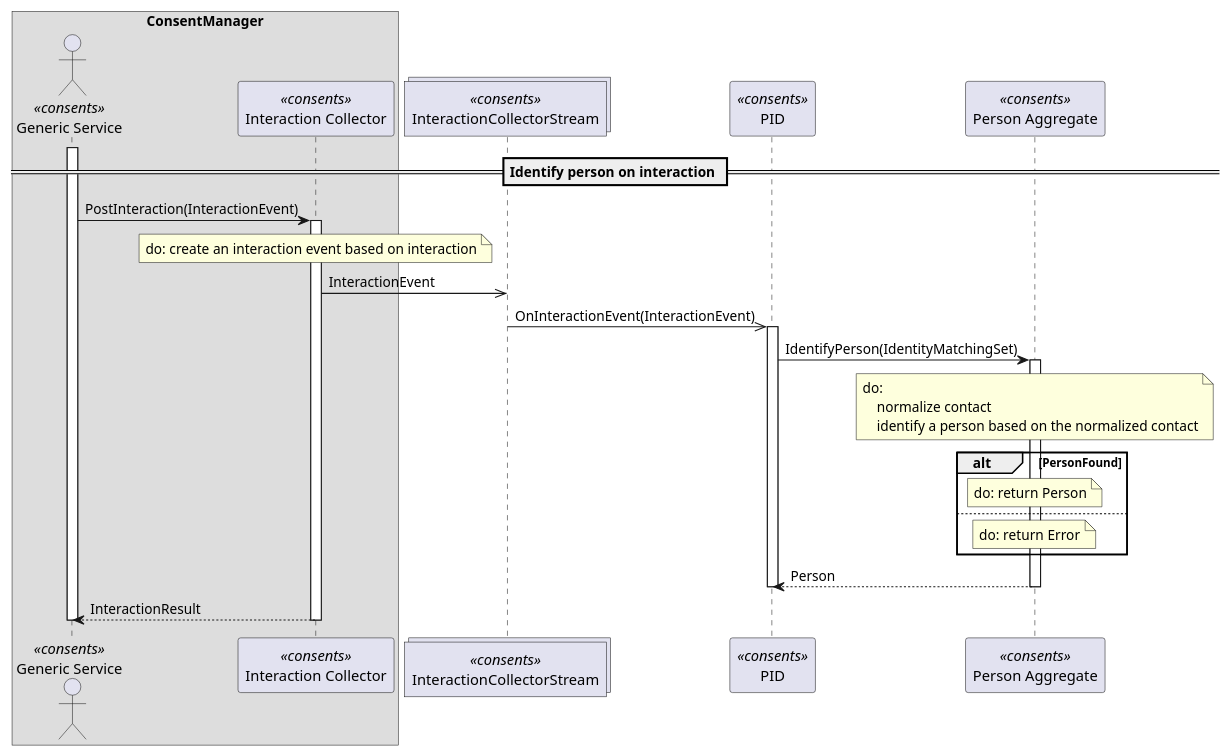
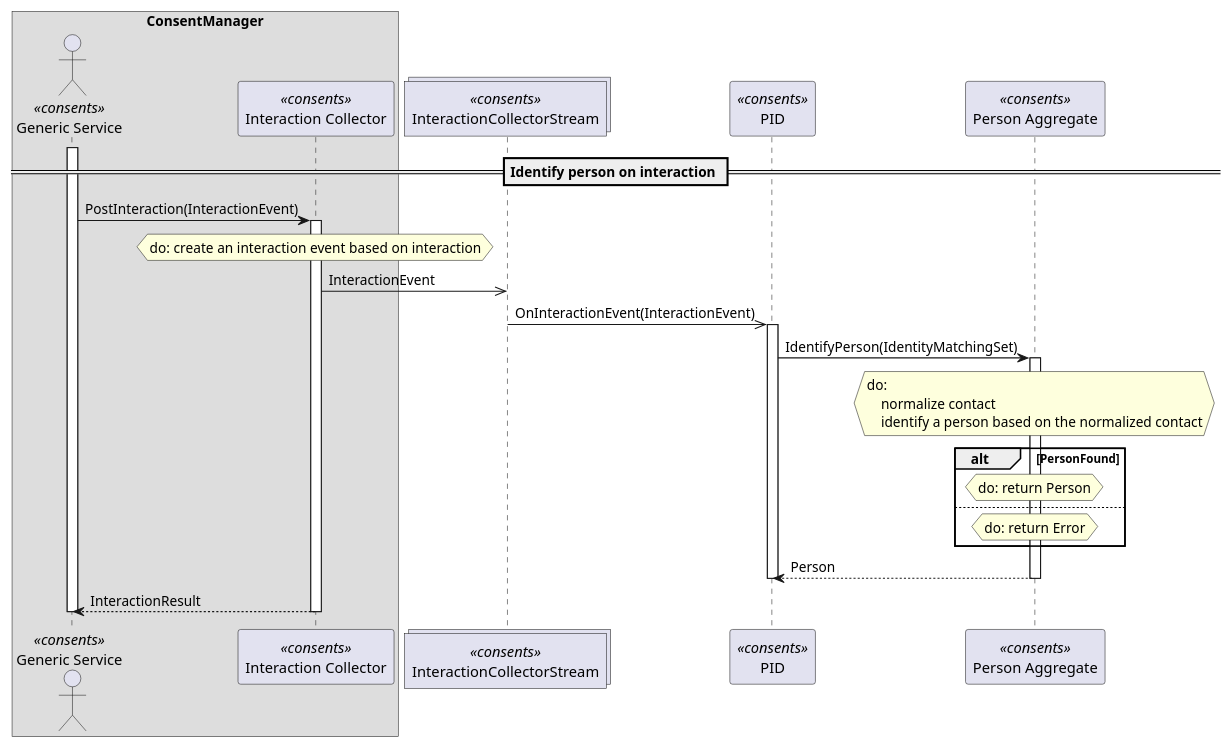
The second of 2 diagrams in docs/tuc/example.md (TypedUseCase/tuc-console), drawn with PlantUML before and after one commit. The commit also changed 20 other files, not shown here.

````diff
--- a/docs/tuc/example.md
+++ b/docs/tuc/example.md
@@ -129,44 +129,44 @@
 ```puml
 @startuml definition
 
 == Identify person on interaction ==
 
 box "ConsentManager"
     actor "Generic Service" as GenericService <<consents>>
     participant "Interaction Collector" as InteractionCollector <<consents>>
 end box
 collections "InteractionCollectorStream" as InteractionCollectorStream <<consents>>
 participant "PID" as PersonIdentificationEngine <<consents>>
 participant "Person Aggregate" as PersonAggregate <<consents>>
 
 activate GenericService
 GenericService -> InteractionCollector ++: PostInteraction(InteractionEvent)
-    note over InteractionCollector
+    hnote over InteractionCollector
     do: create an interaction event based on interaction
-    end note
+    end hnote
     InteractionCollector ->> InteractionCollectorStream: InteractionEvent
     InteractionCollectorStream ->> PersonIdentificationEngine: OnInteractionEvent(InteractionEvent)
         activate PersonIdentificationEngine
         PersonIdentificationEngine -> PersonAggregate ++: IdentifyPerson(IdentityMatchingSet)
-            note over PersonAggregate
+            hnote over PersonAggregate
             do:
                 normalize contact
                 identify a person based on the normalized contact
-            end note
+            end hnote
             alt PersonFound
-                note over PersonAggregate
+                hnote over PersonAggregate
                 do: return Person
-                end note
+                end hnote
             else
-                note over PersonAggregate
+                hnote over PersonAggregate
                 do: return Error
-                end note
+                end hnote
             end
         PersonAggregate --> PersonIdentificationEngine --: Person
         deactivate PersonIdentificationEngine
 InteractionCollector --> GenericService --: InteractionResult
 
 deactivate GenericService
 
 @enduml
 ```
````
